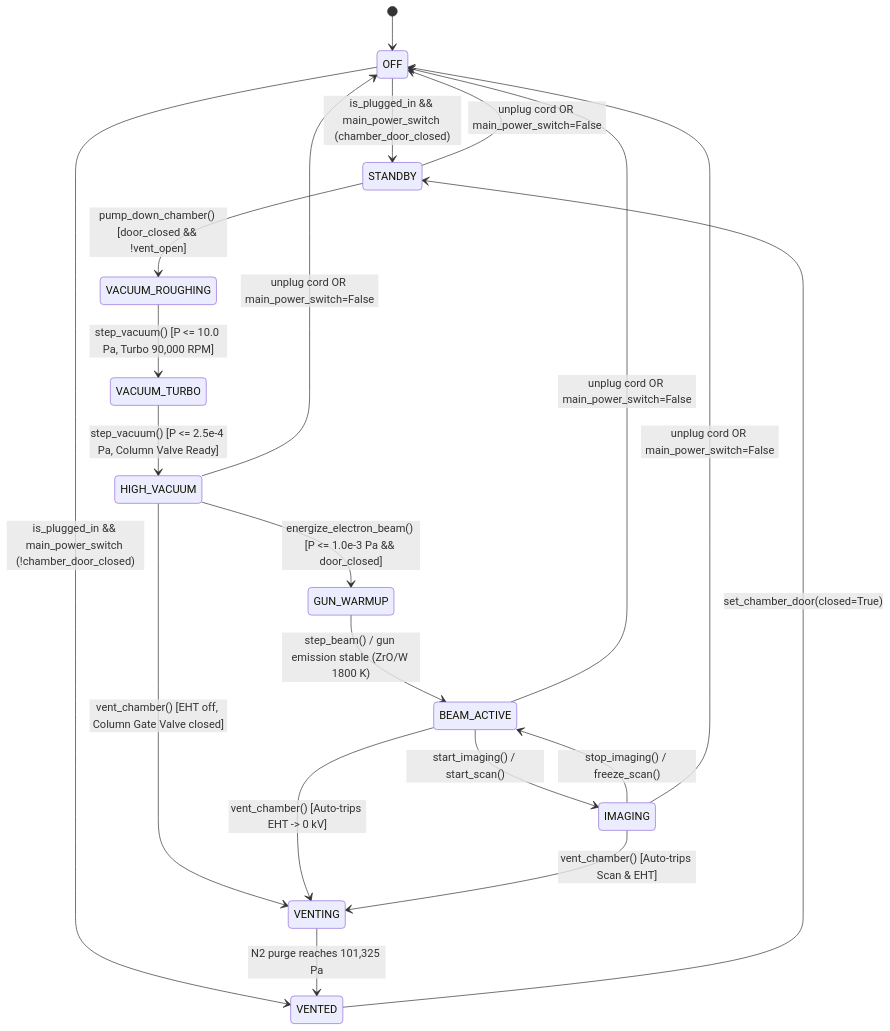
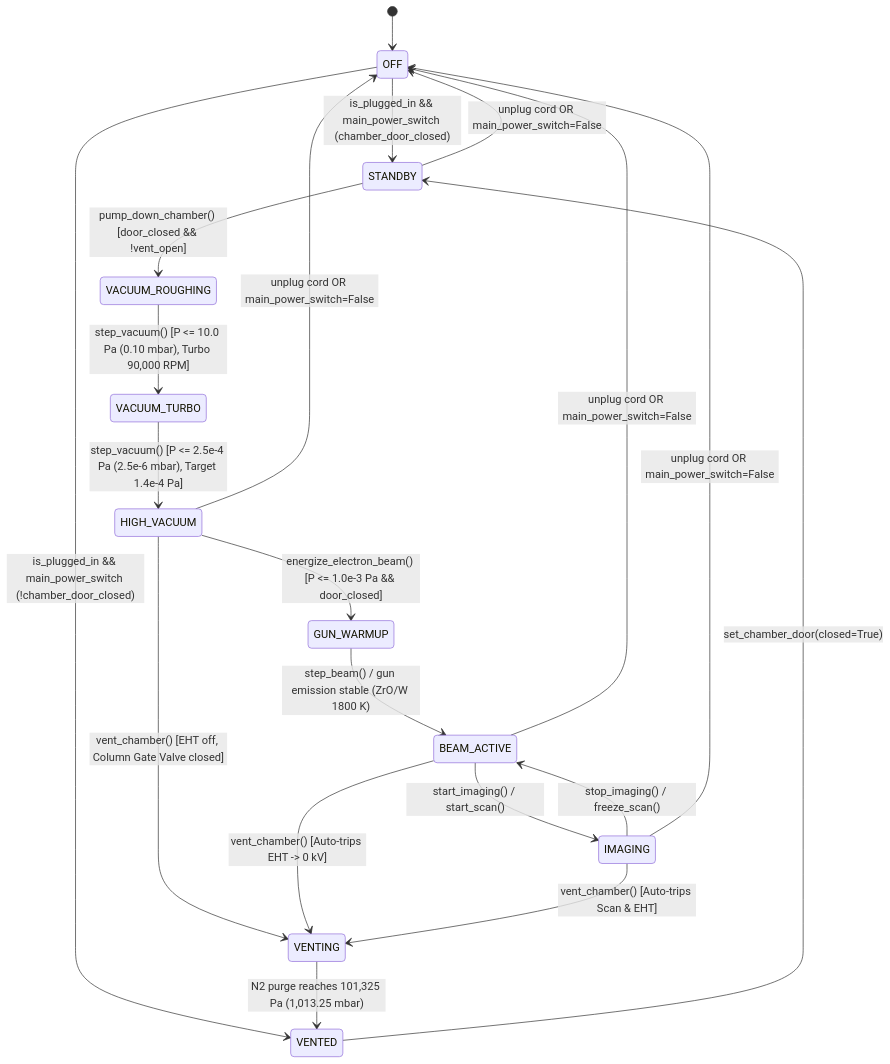
The diagram in sem_twin/docs/control_spec.md (SREphoto/Twins), drawn with Mermaid before and after one commit. The commit also changed other lines of this file and 60 other files, not shown here.

````diff
--- a/sem_twin/docs/control_spec.md
+++ b/sem_twin/docs/control_spec.md
@@ -7,22 +7,22 @@
 ```mermaid
 stateDiagram-v2
     [*] --> OFF
     OFF --> STANDBY: is_plugged_in && main_power_switch (chamber_door_closed)
     OFF --> VENTED: is_plugged_in && main_power_switch (!chamber_door_closed)
     STANDBY --> VACUUM_ROUGHING: pump_down_chamber() [door_closed && !vent_open]
-    VACUUM_ROUGHING --> VACUUM_TURBO: step_vacuum() [P <= 10.0 Pa, Turbo 90,000 RPM]
-    VACUUM_TURBO --> HIGH_VACUUM: step_vacuum() [P <= 2.5e-4 Pa, Column Valve Ready]
+    VACUUM_ROUGHING --> VACUUM_TURBO: step_vacuum() [P <= 10.0 Pa (0.10 mbar), Turbo 90,000 RPM]
+    VACUUM_TURBO --> HIGH_VACUUM: step_vacuum() [P <= 2.5e-4 Pa (2.5e-6 mbar), Target 1.4e-4 Pa]
     HIGH_VACUUM --> GUN_WARMUP: energize_electron_beam() [P <= 1.0e-3 Pa && door_closed]
     GUN_WARMUP --> BEAM_ACTIVE: step_beam() / gun emission stable (ZrO/W 1800 K)
     BEAM_ACTIVE --> IMAGING: start_imaging() / start_scan()
     IMAGING --> BEAM_ACTIVE: stop_imaging() / freeze_scan()
     HIGH_VACUUM --> VENTING: vent_chamber() [EHT off, Column Gate Valve closed]
     BEAM_ACTIVE --> VENTING: vent_chamber() [Auto-trips EHT -> 0 kV]
     IMAGING --> VENTING: vent_chamber() [Auto-trips Scan & EHT]
-    VENTING --> VENTED: N2 purge reaches 101,325 Pa
+    VENTING --> VENTED: N2 purge reaches 101,325 Pa (1,013.25 mbar)
     VENTED --> STANDBY: set_chamber_door(closed=True)
     STANDBY --> OFF: unplug cord OR main_power_switch=False
     HIGH_VACUUM --> OFF: unplug cord OR main_power_switch=False
     BEAM_ACTIVE --> OFF: unplug cord OR main_power_switch=False
     IMAGING --> OFF: unplug cord OR main_power_switch=False
 ```
````
